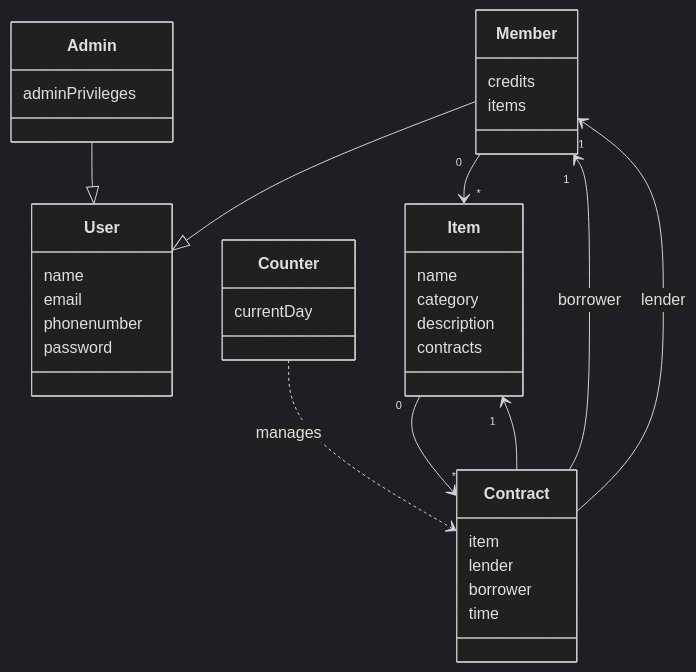
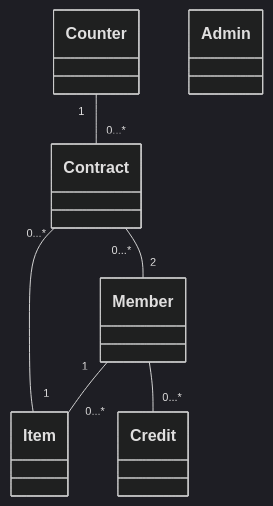
Before and after one commit to vonzweigbergksamuel/1dv607-assignment_1: the diagram in stuff_lending_system_grade2.md, drawn with Mermaid (dark theme).

Commit message:
simplified

````diff
--- a/stuff_lending_system_grade2.md
+++ b/stuff_lending_system_grade2.md
@@ -7,51 +4,38 @@
 ```mermaid
 classDiagram
 
     %% Classes
 
-    class User {
-        name
-        email
-        phonenumber
-        password
-    }
-
-    class Admin {
-        adminPrivileges
+    class Counter {
+    
     }
 
     class Member {
-        credits
-        items
-    }
-
-    class Counter {
-        currentDay
+    
     }
 
     class Item {
-        name
-        category
-        description
-        contracts
+
     }
 
     class Contract {
-        item
-        lender
-        borrower
-        time
+
     }
+
+    class Credit {
+
+    }
+    
+    class Admin {
+
+    }
+
 
     %% Relationships
     
-    Member --|> User
-    Admin --|> User
-    Member "0" --> "*" Item
-    Item "0" --> "*" Contract
-    Contract --> "1" Member : borrower
-    Contract --> "1" Member : lender
-    Contract --> "1" Item
-    Counter ..> Contract : manages
-
+    Member "1" -- "0...*" Item
+    Item "1" -- "0...*" Contract
+    Contract "0...*" -- "2" Member
+    Member -- "0...*" Credit
+    Counter "1" -- "0...*" Contract
 ```
````
